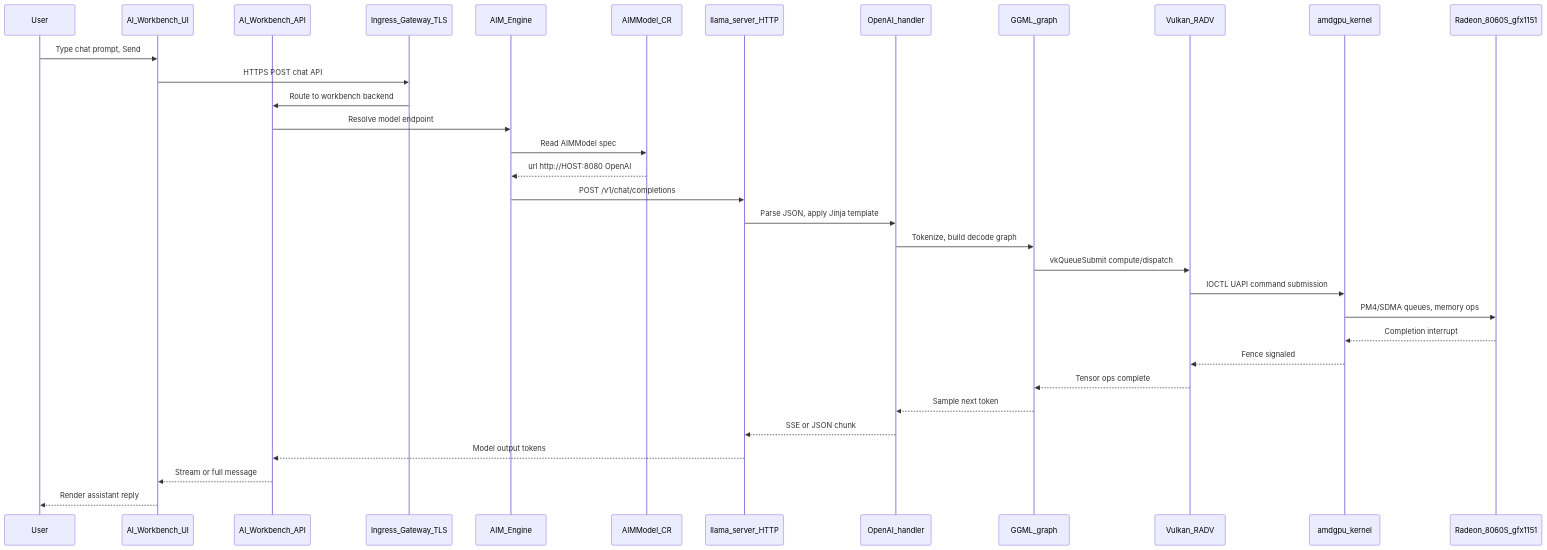
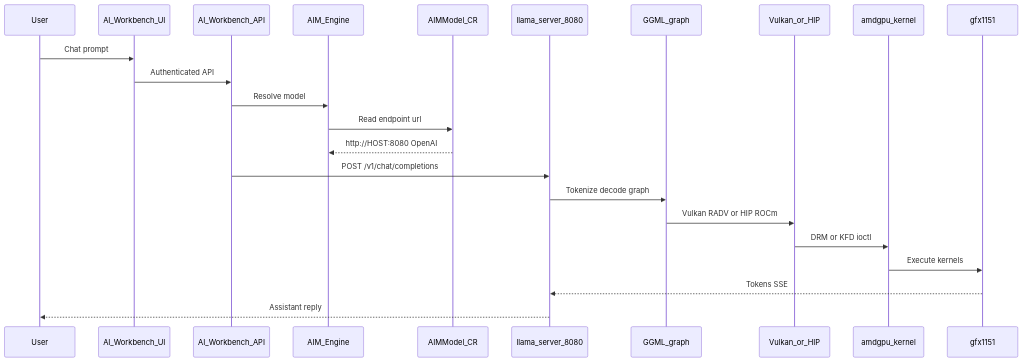
One commit to magnusmagnusson000/amdeai changed the second of 2 diagrams in docs/CALL_FLOW_OVERVIEW.md. Above: the diagram before and after it, drawn with Mermaid. The commit also changed other lines of this file and 17 other files, not shown here.

First line of the commit message:
Enable gfx1151 ROCm path: docs, scripts, and upstream PR guide

````diff
--- a/docs/CALL_FLOW_OVERVIEW.md
+++ b/docs/CALL_FLOW_OVERVIEW.md
@@ -7,36 +40,26 @@
 ```mermaid
 sequenceDiagram
     participant User
     participant AIWB_UI as AI_Workbench_UI
     participant AIWB_API as AI_Workbench_API
-    participant Ingress as Ingress_Gateway_TLS
     participant AIM as AIM_Engine
     participant CR as AIMModel_CR
-    participant HTTP as llama_server_HTTP
-    participant API as OpenAI_handler
-    participant Graph as GGML_graph
-    participant VK as Vulkan_RADV
+    participant HTTP as llama_server_8080
+    participant GGML as GGML_graph
+    participant GPU as Vulkan_or_HIP
     participant KMD as amdgpu_kernel
-    participant HW as Radeon_8060S_gfx1151
+    participant HW as gfx1151
 
-    User->>AIWB_UI: Type chat prompt, Send
-    AIWB_UI->>Ingress: HTTPS POST chat API
-    Ingress->>AIWB_API: Route to workbench backend
-    AIWB_API->>AIM: Resolve model endpoint
-    AIM->>CR: Read AIMModel spec
-    CR-->>AIM: url http://HOST:8080 OpenAI
-    AIM->>HTTP: POST /v1/chat/completions
-    HTTP->>API: Parse JSON, apply Jinja template
-    API->>Graph: Tokenize, build decode graph
-    Graph->>VK: vkQueueSubmit compute/dispatch
-    VK->>KMD: IOCTL UAPI command submission
-    KMD->>HW: PM4/SDMA queues, memory ops
-    HW-->>KMD: Completion interrupt
-    KMD-->>VK: Fence signaled
-    VK-->>Graph: Tensor ops complete
-    Graph-->>API: Sample next token
-    API-->>HTTP: SSE or JSON chunk
-    HTTP-->>AIWB_API: Model output tokens
-    AIWB_API-->>AIWB_UI: Stream or full message
-    AIWB_UI-->>User: Render assistant reply
+    User->>AIWB_UI: Chat prompt
+    AIWB_UI->>AIWB_API: Authenticated API
+    AIWB_API->>AIM: Resolve model
+    AIM->>CR: Read endpoint url
+    CR-->>AIM: http://HOST:8080 OpenAI
+    AIWB_API->>HTTP: POST /v1/chat/completions
+    HTTP->>GGML: Tokenize decode graph
+    GGML->>GPU: Vulkan RADV or HIP ROCm
+    GPU->>KMD: DRM or KFD ioctl
+    KMD->>HW: Execute kernels
+    HW-->>HTTP: Tokens SSE
+    HTTP-->>User: Assistant reply
 ```
````
